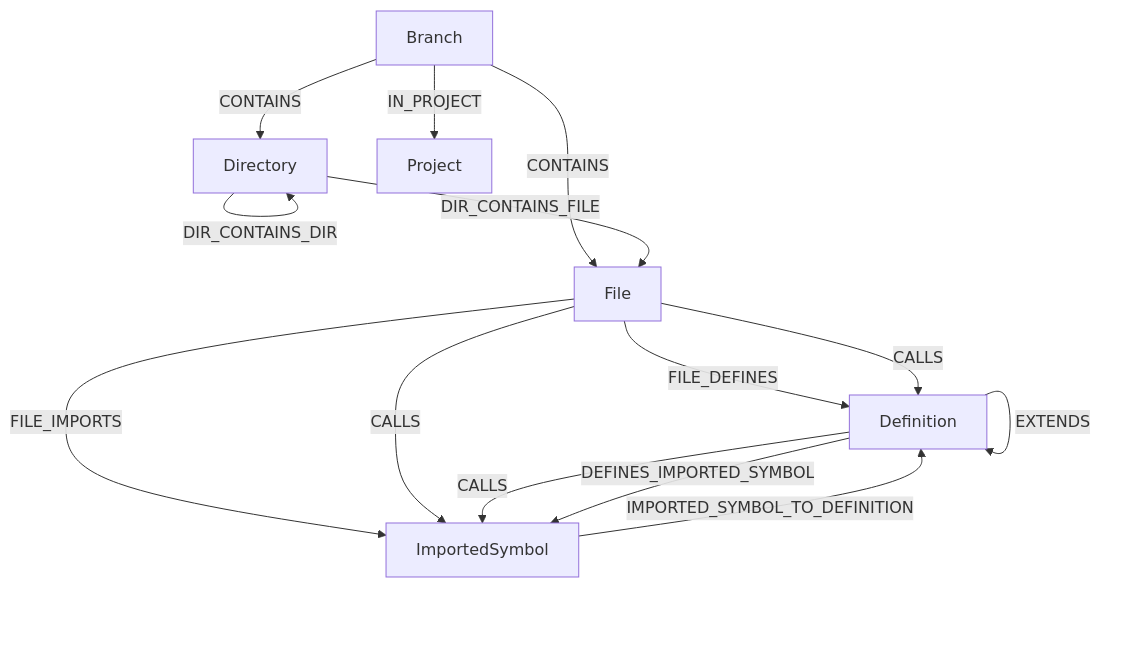
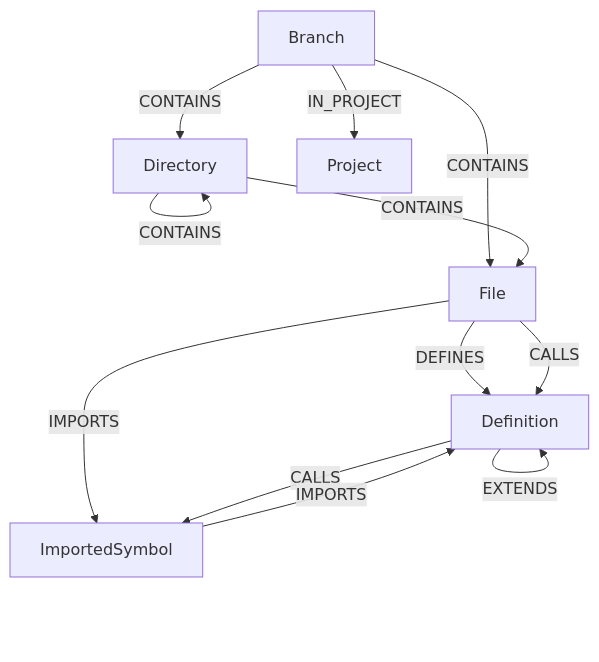
The second of 2 diagrams in docs/design-documents/data_model.md (gitlabhq/orbit-knowledge-graph), drawn with Mermaid before and after one commit. The commit also changed other lines of this file and 8 other files, not shown here.

````diff
--- a/docs/design-documents/data_model.md
+++ b/docs/design-documents/data_model.md
@@ -153,17 +153,16 @@
 ```mermaid
 graph TD
     Branch -- CONTAINS --> Directory
     Branch -- CONTAINS --> File
     Branch -- IN_PROJECT --> Project
-    Directory -- DIR_CONTAINS_DIR --> Directory
-    Directory -- DIR_CONTAINS_FILE --> File
-    File -- FILE_DEFINES --> Definition
-    File -- FILE_IMPORTS --> ImportedSymbol
+    Directory -- CONTAINS --> Directory
+    Directory -- CONTAINS --> File
+    File -- DEFINES --> Definition
+    File -- IMPORTS --> ImportedSymbol
     File -- CALLS --> Definition
-    File -- CALLS --> ImportedSymbol
+    Definition -- DEFINES --> Definition
     Definition -- CALLS --> Definition
     Definition -- CALLS --> ImportedSymbol
     Definition -- EXTENDS --> Definition
-    Definition -- DEFINES_IMPORTED_SYMBOL --> ImportedSymbol
-    ImportedSymbol -- IMPORTED_SYMBOL_TO_DEFINITION --> Definition
+    ImportedSymbol -- IMPORTS --> Definition
 ```
````
